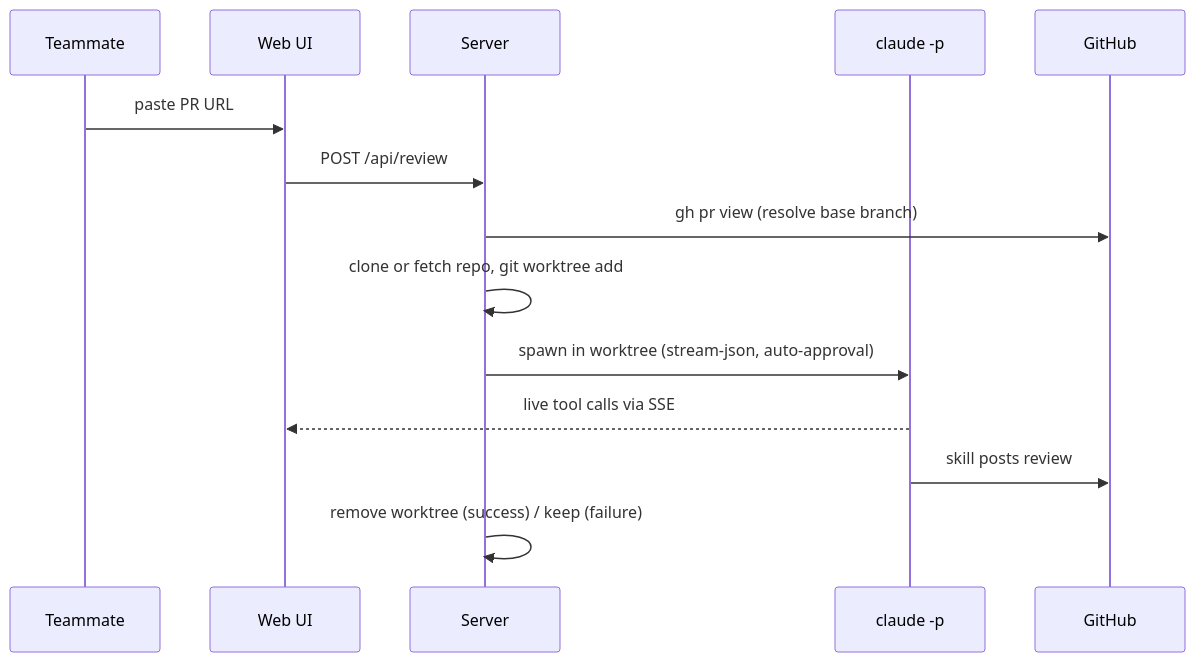
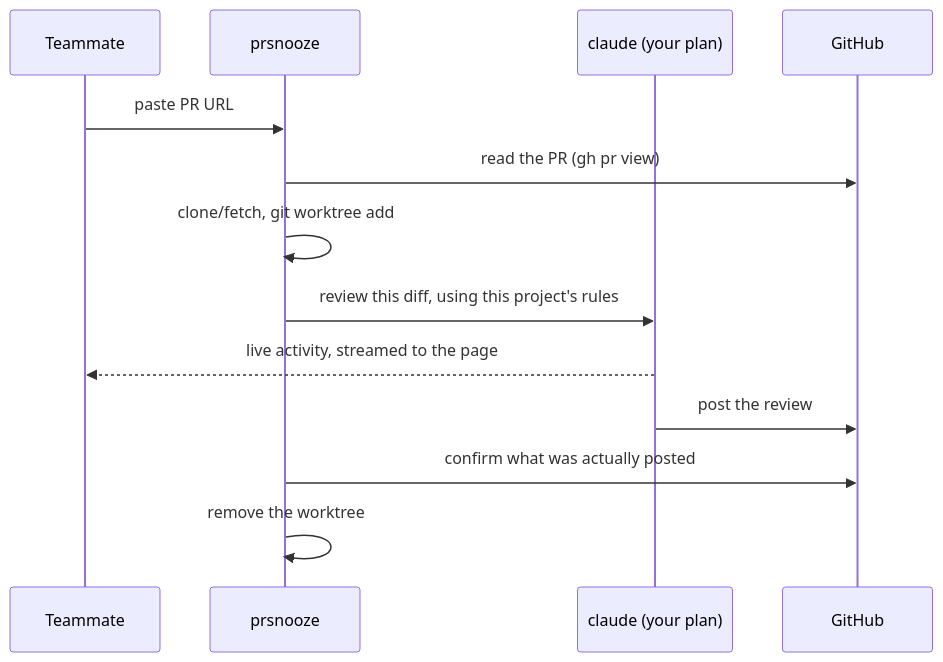
Before and after one commit to mahsanamin/prsnooze: the diagram in README.md, drawn with Mermaid. The commit also changed other lines of this file and 1 other file, not shown here.

````diff
--- a/README.md
+++ b/README.md
@@ -30,17 +70,16 @@
 ```mermaid
 sequenceDiagram
   participant U as Teammate
-  participant W as Web UI
-  participant S as Server
-  participant CL as claude -p
-  participant GH as GitHub
+  participant P as prsnooze
+  participant C as claude (your plan)
+  participant G as GitHub
 
-  U->>W: paste PR URL
-  W->>S: POST /api/review
-  S->>GH: gh pr view (resolve base branch)
-  S->>S: clone or fetch repo, git worktree add
-  S->>CL: spawn in worktree (stream-json, auto-approval)
-  CL-->>W: live tool calls via SSE
-  CL->>GH: skill posts review
-  S->>S: remove worktree (success) / keep (failure)
+  U->>P: paste PR URL
+  P->>G: read the PR (gh pr view)
+  P->>P: clone/fetch, git worktree add
+  P->>C: review this diff, using this project's rules
+  C-->>U: live activity, streamed to the page
+  C->>G: post the review
+  P->>G: confirm what was actually posted
+  P->>P: remove the worktree
 ```
````
